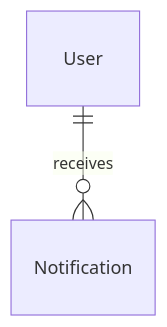
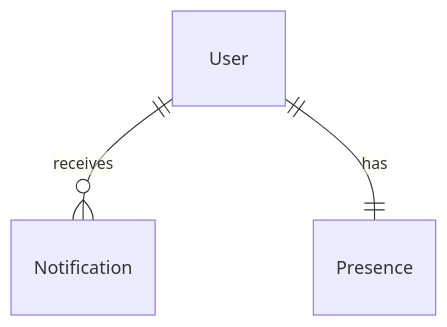
One commit to philongdanh/lms changed the diagram in docs/specs/02-modules/realtime/data.md. Above: the diagram before and after it, drawn with Mermaid. The commit also changed other lines of this file and 53 other files, not shown here.

````diff
--- a/docs/specs/02-modules/realtime/data.md
+++ b/docs/specs/02-modules/realtime/data.md
@@ -54,9 +51,10 @@
 ```mermaid
 ---
 config:
   themeVariables:
     fontFamily: "EB Garamond"
 ---
 erDiagram
     User ||--o{ Notification : "receives"
+    User ||--|| Presence : "has"
 ```
````
